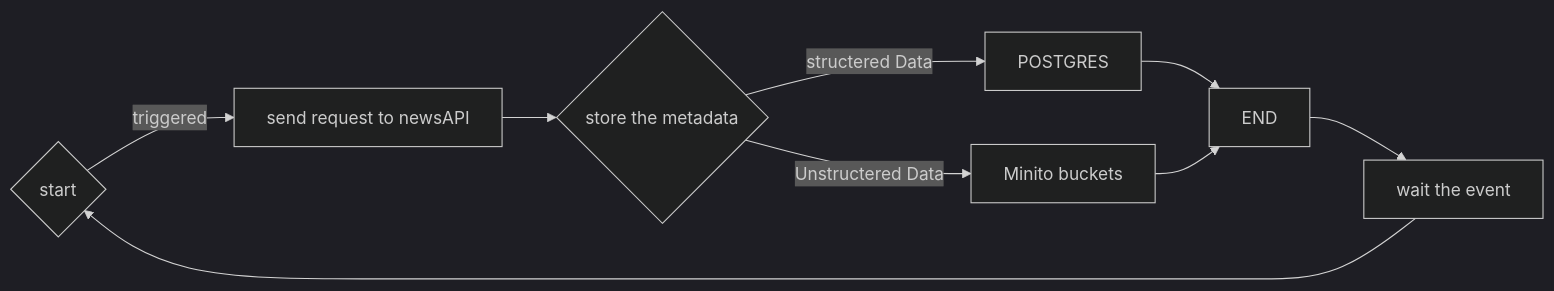
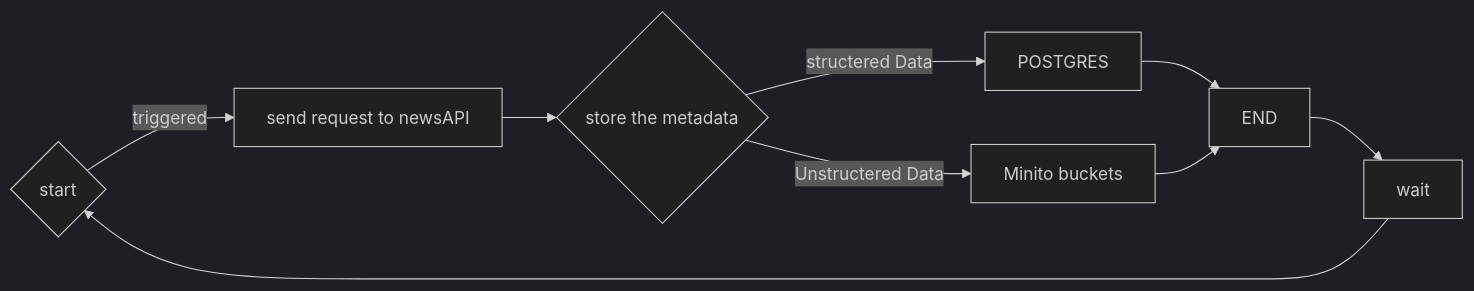
Before and after one commit to Hamza-Bouali/MLOPS-PROJECT: the second of 2 diagrams in README.md, drawn with Mermaid (dark theme).

````diff
--- a/README.md
+++ b/README.md
@@ -25,9 +25,9 @@
 ```mermaid
      graph LR
         A{start} --> |triggered|B[send request to newsAPI]
         B --> C{store the metadata} 
         C--> |structered Data|X[POSTGRES ] -->F[END]
         C-->|Unstructered Data|D[Minito buckets]-->F
-        W[wait the event]-->A
+        W[wait]-->A
         F-->W
 ```
````
